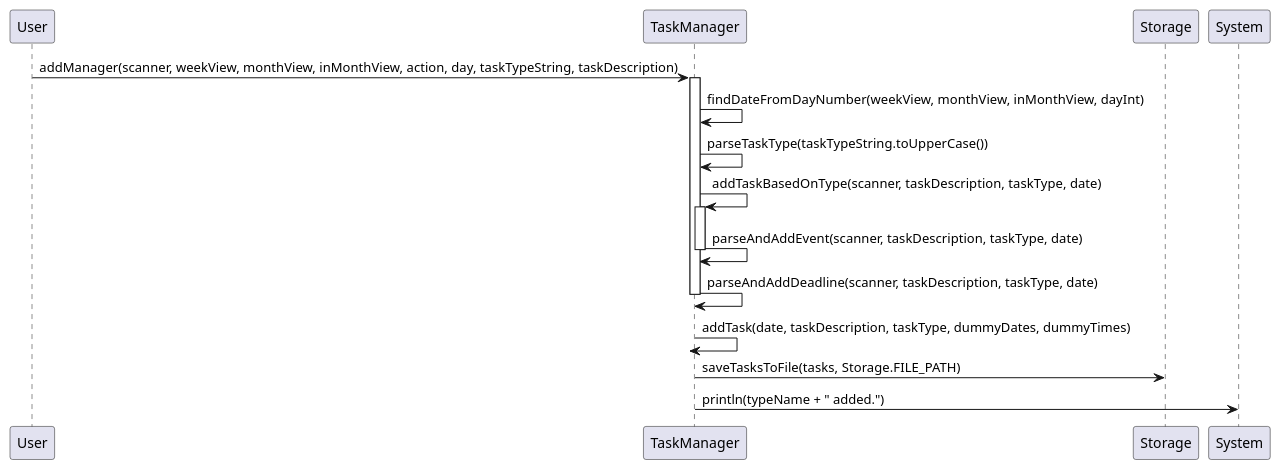
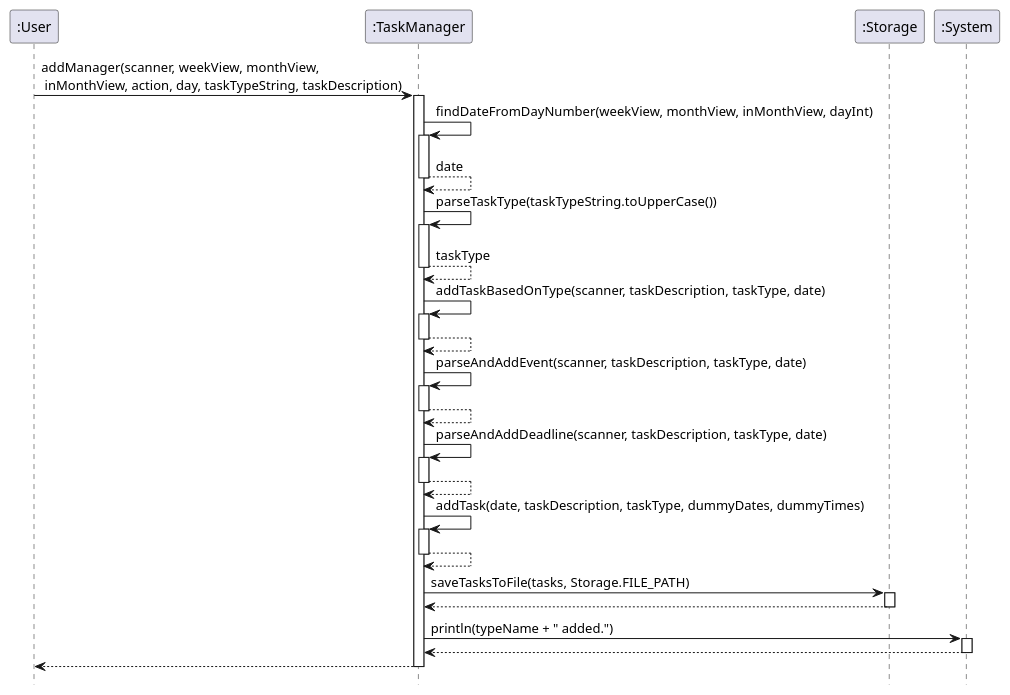
One commit to clarencepohh/tp changed the diagram in docs/diagrams/sequence/AddManagerSequenceDiagram.puml. Above: the diagram before and after it, drawn with PlantUML. The commit also changed 7 other files, not shown here.

```diff
--- a/docs/diagrams/sequence/AddManagerSequenceDiagram.puml
+++ b/docs/diagrams/sequence/AddManagerSequenceDiagram.puml
@@ -1,17 +1,26 @@
 @startuml
-User -> TaskManager: addManager(scanner, weekView, monthView, inMonthView, action, day, taskTypeString, taskDescription)
+participant ":User" as User
+participant ":TaskManager" as TaskManager
+participant ":Storage" as Storage
+participant ":System" as System
+User -> TaskManager: addManager(scanner, weekView, monthView,\n inMonthView, action, day, taskTypeString, taskDescription)
 activate TaskManager
-TaskManager -> TaskManager: findDateFromDayNumber(weekView, monthView, inMonthView, dayInt)
-TaskManager -> TaskManager: parseTaskType(taskTypeString.toUpperCase())
-TaskManager -> TaskManager: addTaskBasedOnType(scanner, taskDescription, taskType, date)
-activate TaskManager
-TaskManager -> TaskManager: parseAndAddEvent(scanner, taskDescription, taskType, date)
-deactivate TaskManager
-TaskManager -> TaskManager: parseAndAddDeadline(scanner, taskDescription, taskType, date)
-deactivate TaskManager
-TaskManager -> TaskManager: addTask(date, taskDescription, taskType, dummyDates, dummyTimes)
-deactivate TaskManager
-TaskManager -> Storage: saveTasksToFile(tasks, Storage.FILE_PATH)
-TaskManager -> System: println(typeName + " added.")
-deactivate TaskManager
+TaskManager -> TaskManager++: findDateFromDayNumber(weekView, monthView, inMonthView, dayInt)
+return date
+TaskManager -> TaskManager++: parseTaskType(taskTypeString.toUpperCase())
+return taskType
+TaskManager -> TaskManager++: addTaskBasedOnType(scanner, taskDescription, taskType, date)
+return
+TaskManager -> TaskManager++: parseAndAddEvent(scanner, taskDescription, taskType, date)
+return
+TaskManager -> TaskManager++: parseAndAddDeadline(scanner, taskDescription, taskType, date)
+return
+TaskManager -> TaskManager++: addTask(date, taskDescription, taskType, dummyDates, dummyTimes)
+return
+TaskManager -> Storage++: saveTasksToFile(tasks, Storage.FILE_PATH)
+return
+TaskManager -> System++: println(typeName + " added.")
+return
+return
+hide footbox
 @enduml
```
